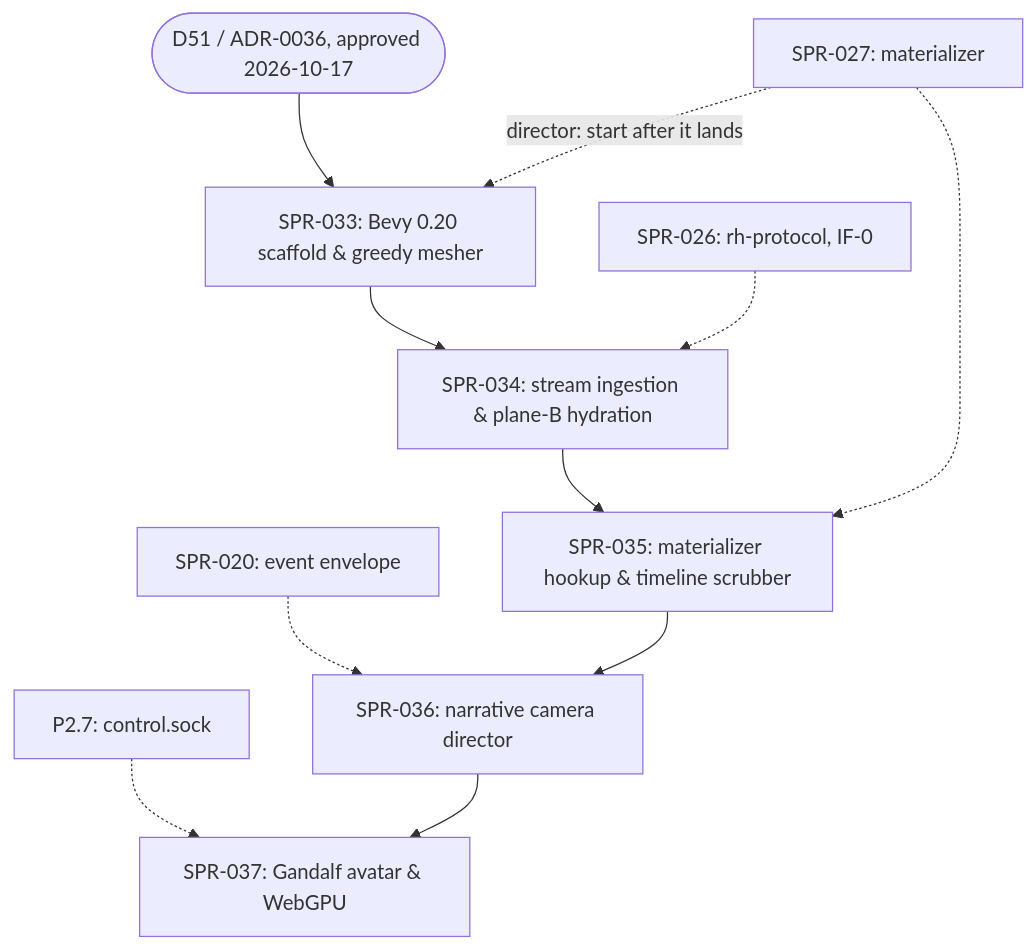
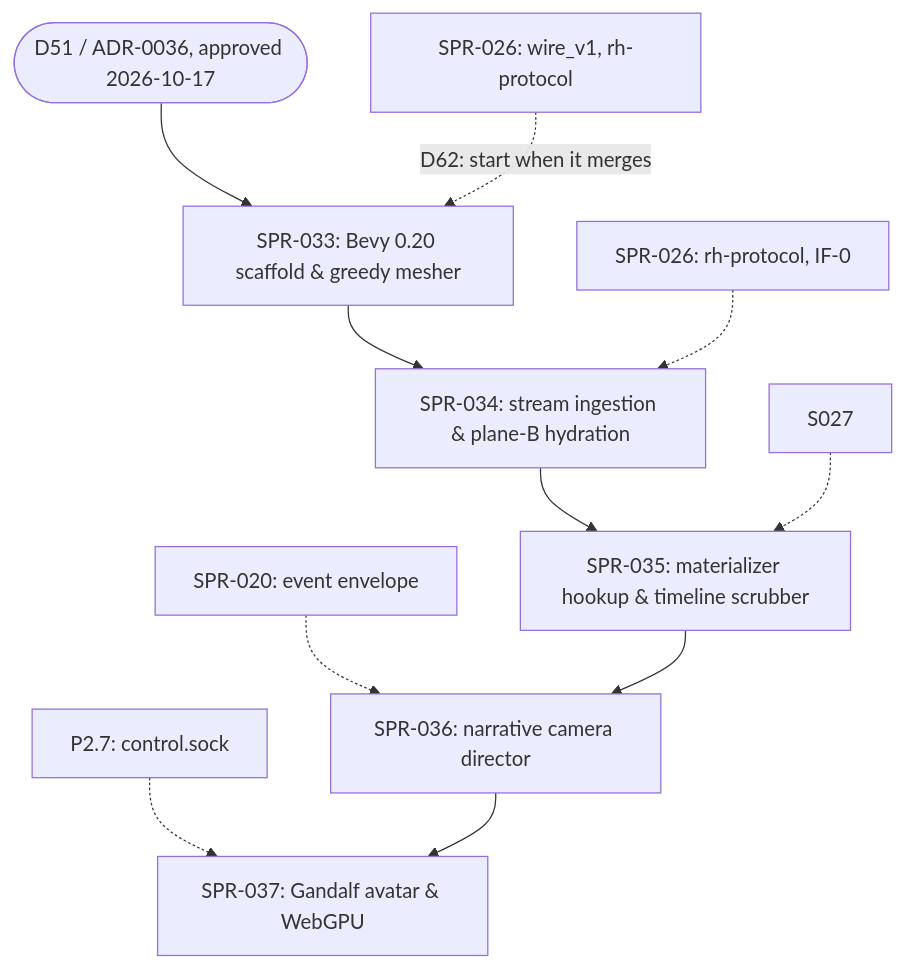
One commit to BigRigVibeCoder/Rehoboam changed the diagram in CODEX/05_PROJECT/PRJ-003_BevyVoxelViewer.md. Above: the diagram before and after it, drawn with Mermaid. The commit also changed other lines of this file and 6 other files, not shown here.

````diff
--- a/CODEX/05_PROJECT/PRJ-003_BevyVoxelViewer.md
+++ b/CODEX/05_PROJECT/PRJ-003_BevyVoxelViewer.md
@@ -125,13 +129,13 @@
 ```mermaid
 flowchart TD
   D51([D51 / ADR-0036, approved 2026-10-17]) --> S033[SPR-033: Bevy 0.20 scaffold & greedy mesher]
-  S027[SPR-027: materializer] -.->|director: start after it lands| S033
+  S026a[SPR-026: wire_v1, rh-protocol] -.->|D62: start when it merges| S033
   S033 --> S034[SPR-034: stream ingestion & plane-B hydration]
   S026[SPR-026: rh-protocol, IF-0] -.-> S034
   S034 --> S035[SPR-035: materializer hookup & timeline scrubber]
   S027 -.-> S035
   S020[SPR-020: event envelope] -.-> S036[SPR-036: narrative camera director]
   S035 --> S036
   P27[P2.7: control.sock] -.-> S037[SPR-037: Gandalf avatar & WebGPU]
   S036 --> S037
 ```
````
